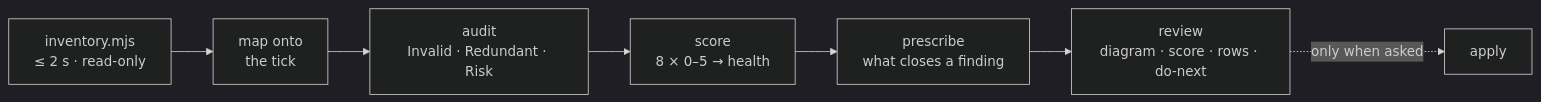
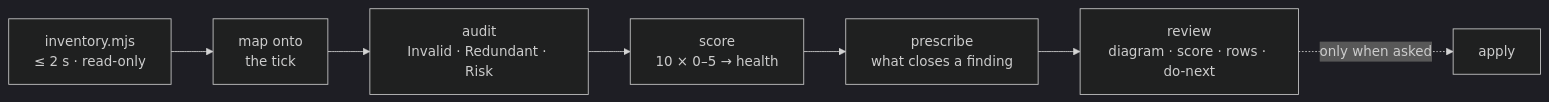
Before and after one commit to Busy-Office/ai-skills: the diagram in skills/loop-doctor/SKILL.md, drawn with Mermaid (dark theme). The commit also changed other lines of this file and 5 other files, not shown here.

````diff
--- a/skills/loop-doctor/SKILL.md
+++ b/skills/loop-doctor/SKILL.md
@@ -23,9 +23,9 @@
 ```mermaid
 flowchart LR
   A["inventory.mjs<br/>≤ 2 s · read-only"] --> B["map onto<br/>the tick"]
   B --> C["audit<br/>Invalid · Redundant · Risk"]
-  C --> D["score<br/>8 × 0–5 → health"]
+  C --> D["score<br/>10 × 0–5 → health"]
   D --> E["prescribe<br/>what closes a finding"]
   E --> F["review<br/>diagram · score · rows · do-next"]
   F -. only when asked .-> G["apply"]
 ```
````
